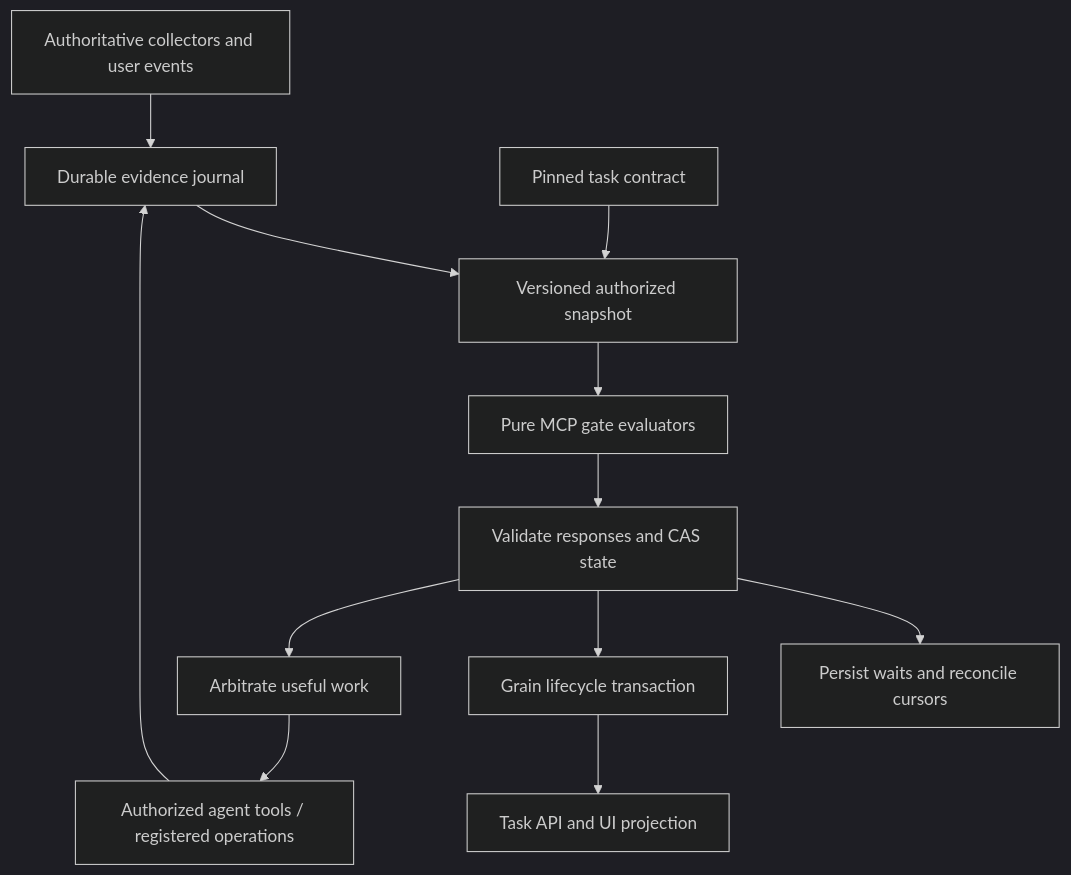
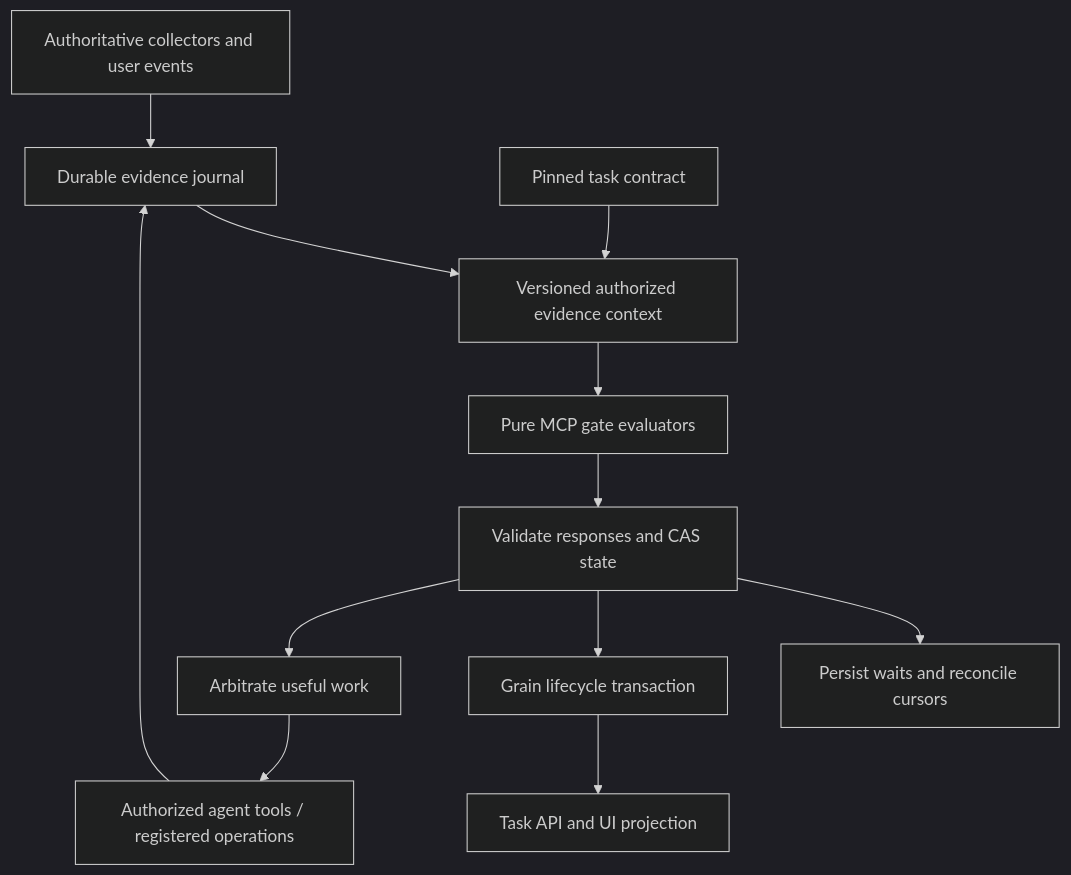
The first of 2 diagrams in design/design/mcp-gates.design.md (ai-on-gke/grain), drawn with Mermaid (dark theme) before and after one commit. The commit also changed other lines of this file and 32 other files, not shown here.

````diff
--- a/design/design/mcp-gates.design.md
+++ b/design/design/mcp-gates.design.md
@@ -50,14 +50,14 @@
 ```mermaid
 flowchart TD
   E[Authoritative collectors and user events] --> J[Durable evidence journal]
-  J --> S[Versioned authorized snapshot]
+  J --> S[Versioned authorized evidence context]
   C[Pinned task contract] --> S
   S --> G[Pure MCP gate evaluators]
   G --> R[Validate responses and CAS state]
   R --> W[Persist waits and reconcile cursors]
   R --> L[Grain lifecycle transaction]
   R --> A[Arbitrate useful work]
   A --> T[Authorized agent tools / registered operations]
   T --> J
   L --> U[Task API and UI projection]
 ```
````
